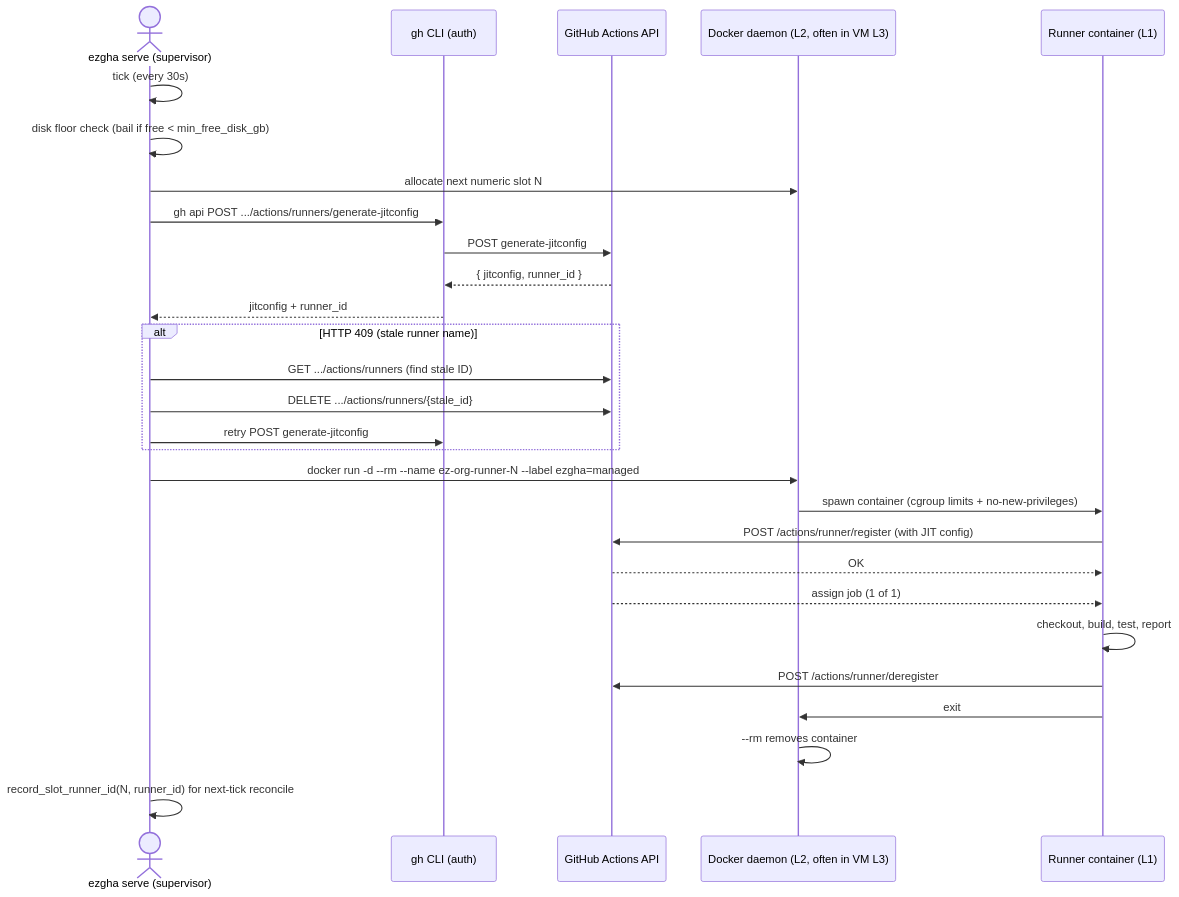
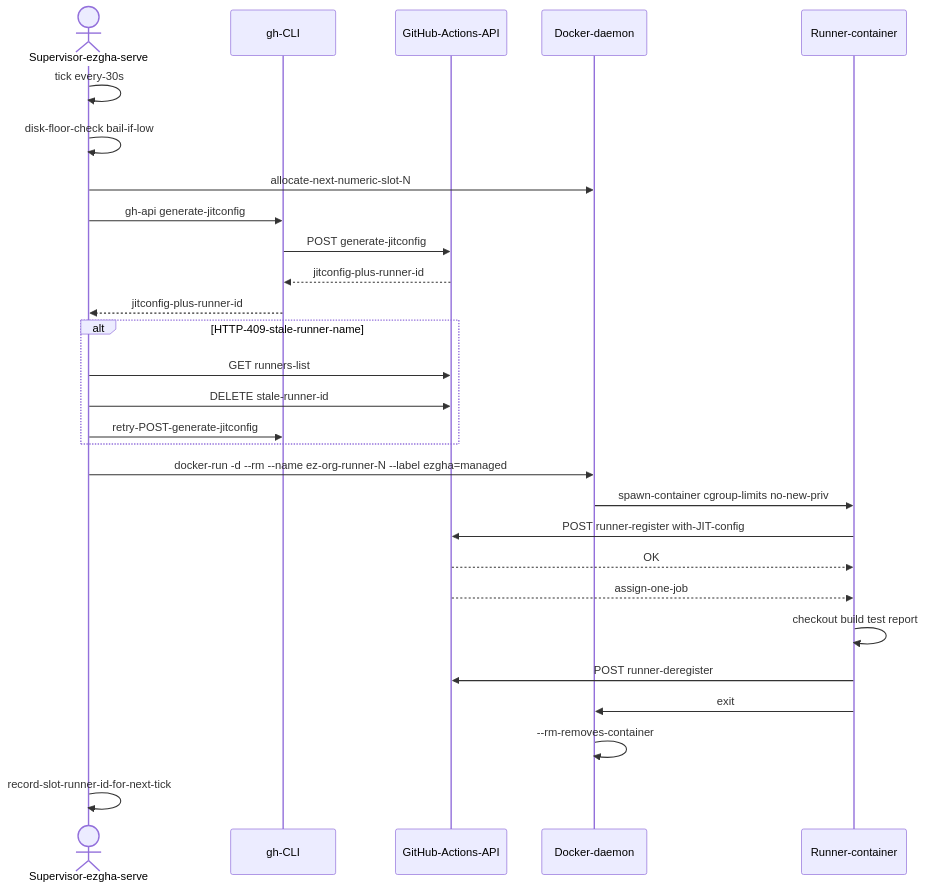
One commit to jleechanorg/ez-gh-actions changed the first of 3 diagrams in DESIGN.md. Above: the diagram before and after it, drawn with Mermaid. The commit also changed other lines of this file and 1 other file, not shown here.

Commit message:
docs: fix mermaid syntax for GitHub renderer (drop parens, operators, subgraph brackets)

````diff
--- a/DESIGN.md
+++ b/DESIGN.md
@@ -226,34 +226,34 @@
 ```mermaid
 sequenceDiagram
-    actor O as ezgha serve (supervisor)
-    participant G as gh CLI (auth)
-    participant H as GitHub Actions API
-    participant D as Docker daemon (L2, often in VM L3)
-    participant R as Runner container (L1)
+    actor O as Supervisor-ezgha-serve
+    participant G as gh-CLI
+    participant H as GitHub-Actions-API
+    participant D as Docker-daemon
+    participant R as Runner-container
 
-    O->>O: tick (every 30s)
-    O->>O: disk floor check (bail if free < min_free_disk_gb)
-    O->>D: allocate next numeric slot N
-    O->>G: gh api POST .../actions/runners/generate-jitconfig
+    O->>O: tick every-30s
+    O->>O: disk-floor-check bail-if-low
+    O->>D: allocate-next-numeric-slot-N
+    O->>G: gh-api generate-jitconfig
     G->>H: POST generate-jitconfig
-    H-->>G: { jitconfig, runner_id }
-    G-->>O: jitconfig + runner_id
+    H-->>G: jitconfig-plus-runner-id
+    G-->>O: jitconfig-plus-runner-id
 
-    alt HTTP 409 (stale runner name)
-        O->>H: GET .../actions/runners (find stale ID)
-        O->>H: DELETE .../actions/runners/{stale_id}
-        O->>G: retry POST generate-jitconfig
+    alt HTTP-409-stale-runner-name
+        O->>H: GET runners-list
+        O->>H: DELETE stale-runner-id
+        O->>G: retry-POST-generate-jitconfig
     end
 
-    O->>D: docker run -d --rm --name ez-org-runner-N --label ezgha=managed
-    D->>R: spawn container (cgroup limits + no-new-privileges)
-    R->>H: POST /actions/runner/register (with JIT config)
+    O->>D: docker-run -d --rm --name ez-org-runner-N --label ezgha=managed
+    D->>R: spawn-container cgroup-limits no-new-priv
+    R->>H: POST runner-register with-JIT-config
     H-->>R: OK
-    H-->>R: assign job (1 of 1)
-    R->>R: checkout, build, test, report
-    R->>H: POST /actions/runner/deregister
+    H-->>R: assign-one-job
+    R->>R: checkout build test report
+    R->>H: POST runner-deregister
     R->>D: exit
-    D->>D: --rm removes container
+    D->>D: --rm-removes-container
 
-    O->>O: record_slot_runner_id(N, runner_id) for next-tick reconcile
+    O->>O: record-slot-runner-id-for-next-tick
 ```
````
